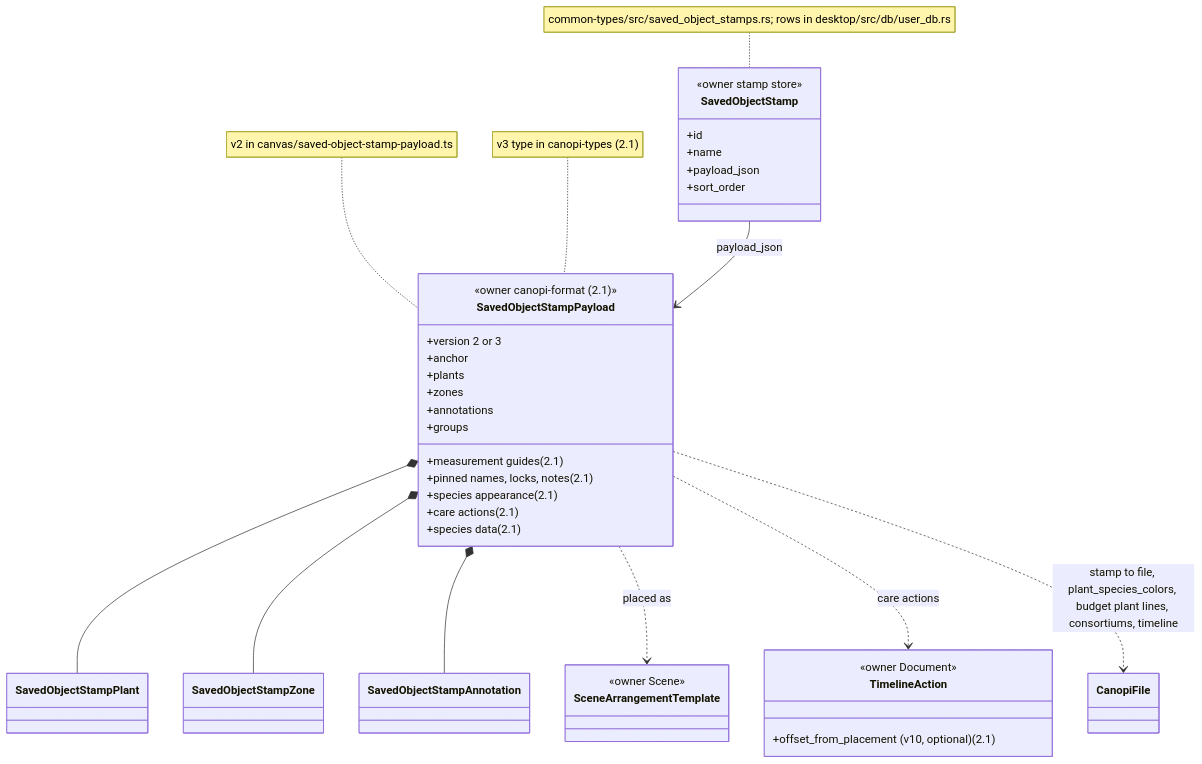
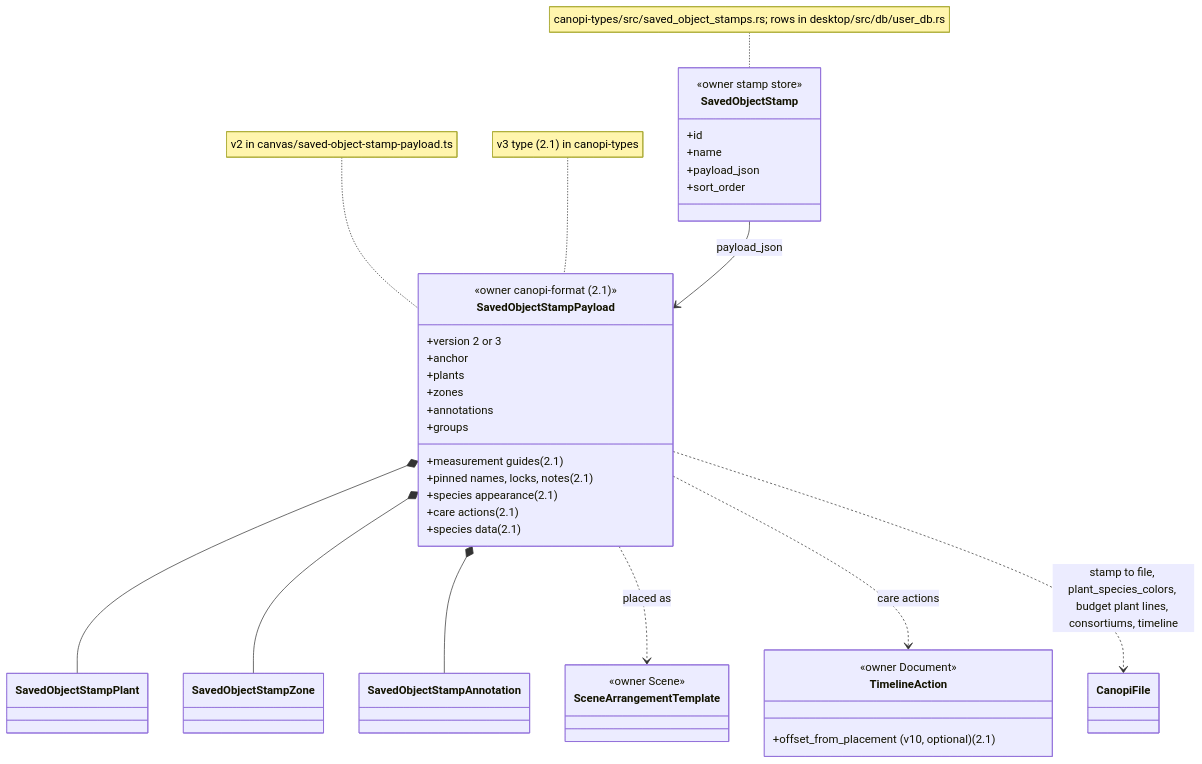
The fourth of 5 diagrams in docs/architecture/data-design.md (opencanopi/canopi), drawn with Mermaid before and after one commit. The commit also changed other lines of this file and 222 other files, not shown here.

````diff
--- a/docs/architecture/data-design.md
+++ b/docs/architecture/data-design.md
@@ -174,44 +174,44 @@
 ```mermaid
 classDiagram
   class SavedObjectStamp {
     <<owner stamp store>>
     +id
     +name
     +payload_json
     +sort_order
   }
   class SavedObjectStampPayload {
     <<owner canopi-format (2.1)>>
     +version 2 or 3
     +anchor
     +plants
     +zones
     +annotations
     +groups
     +measurement guides (2.1)
     +pinned names, locks, notes (2.1)
     +species appearance (2.1)
     +care actions (2.1)
     +species data (2.1)
   }
   class SavedObjectStampPlant
   class SavedObjectStampZone
   class SavedObjectStampAnnotation
   class TimelineAction {
     <<owner Document>>
     +offset_from_placement (v10, optional) (2.1)
   }
   class SceneArrangementTemplate {
     <<owner Scene>>
   }
   SavedObjectStamp --> SavedObjectStampPayload : payload_json
   SavedObjectStampPayload *-- SavedObjectStampPlant
   SavedObjectStampPayload *-- SavedObjectStampZone
   SavedObjectStampPayload *-- SavedObjectStampAnnotation
   SavedObjectStampPayload ..> SceneArrangementTemplate : placed as
   SavedObjectStampPayload ..> TimelineAction : care actions
   SavedObjectStampPayload ..> CanopiFile : stamp to file, plant_species_colors, budget plant lines, consortiums, timeline
   note for SavedObjectStampPayload "v2 in canvas/saved-object-stamp-payload.ts"
-  note for SavedObjectStampPayload "v3 type in canopi-types (2.1)"
-  note for SavedObjectStamp "common-types/src/saved_object_stamps.rs; rows in desktop/src/db/user_db.rs"
+  note for SavedObjectStampPayload "v3 type (2.1) in canopi-types"
+  note for SavedObjectStamp "canopi-types/src/saved_object_stamps.rs; rows in desktop/src/db/user_db.rs"
 ```
````
